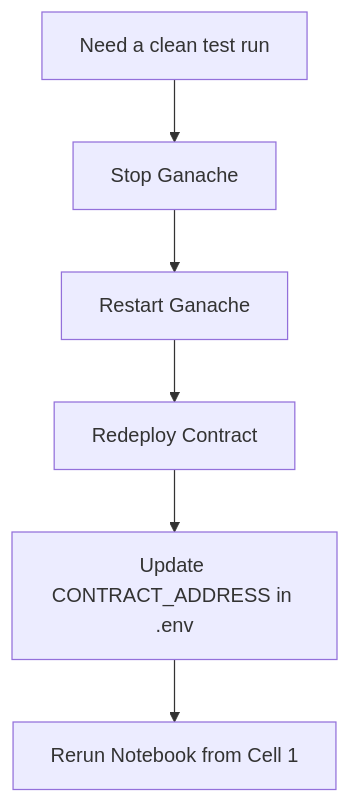
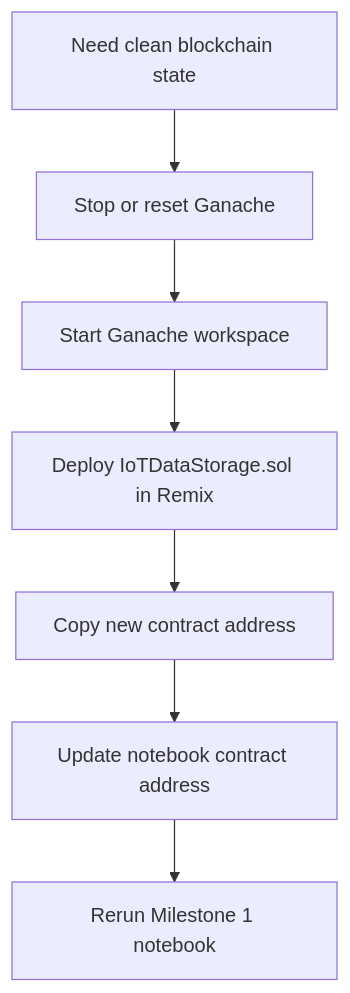
Before and after one commit to Team-Kaizen-MMDC/adet: the second of 2 diagrams in DEVELOPER_GUIDE.md, drawn with Mermaid. The commit also changed other lines of this file and 31 other files, not shown here.

````diff
--- a/DEVELOPER_GUIDE.md
+++ b/DEVELOPER_GUIDE.md
@@ -177,8 +356,9 @@
 ```mermaid
 flowchart TD
-	A[Need a clean test run] --> B[Stop Ganache]
-	B --> C[Restart Ganache]
-	C --> D[Redeploy Contract]
-	D --> E[Update CONTRACT_ADDRESS in .env]
-	E --> F[Rerun Notebook from Cell 1]
+    A[Need clean blockchain state] --> B[Stop or reset Ganache]
+    B --> C[Start Ganache workspace]
+    C --> D[Deploy IoTDataStorage.sol in Remix]
+    D --> E[Copy new contract address]
+    E --> F[Update notebook contract address]
+    F --> G[Rerun Milestone 1 notebook]
 ```
````
